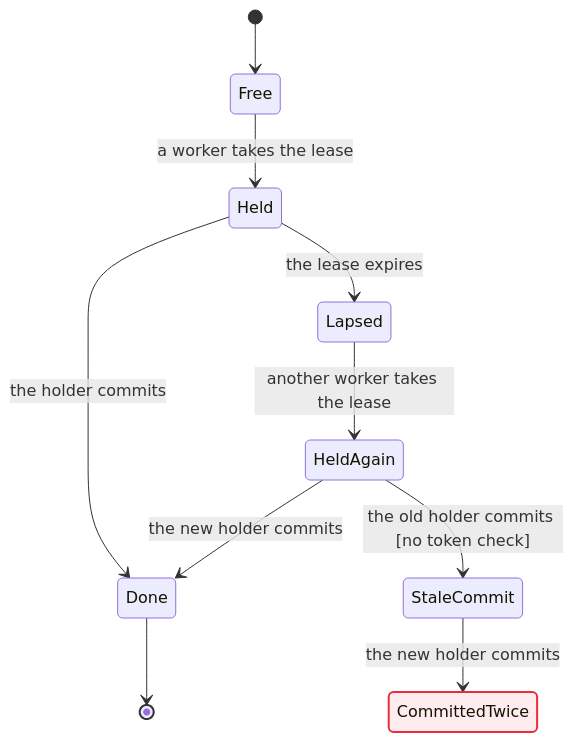
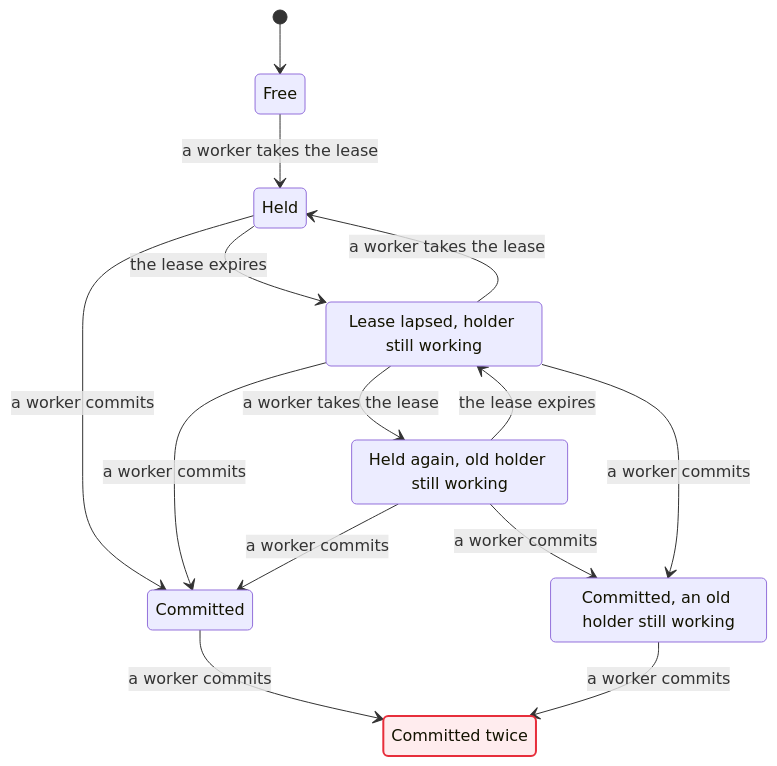
The diagram in skills/formal-verification/references/example-job-lease/README.md (fcsouza/agent-skills), drawn with Mermaid before and after one commit. The commit also changed other lines of this file and 9 other files, not shown here.

First line of the commit message:
Build the formal-verification chart from the TLC dump

````diff
--- a/skills/formal-verification/references/example-job-lease/README.md
+++ b/skills/formal-verification/references/example-job-lease/README.md
@@ -68,14 +77,26 @@
 ```mermaid
 stateDiagram-v2
     classDef breaks fill:#ffecee,stroke:#e72e3b,stroke-width:2px
-    [*] --> Free
-    Free --> Held: a worker takes the lease
-    Held --> Done: the holder commits
-    Held --> Lapsed: the lease expires
-    Lapsed --> HeldAgain: another worker takes the lease
-    HeldAgain --> Done: the new holder commits
-    HeldAgain --> StaleCommit: the old holder commits [no token check]
-    StaleCommit --> CommittedTwice: the new holder commits
-    Done --> [*]
-    class CommittedTwice breaks
+    classDef mayBreak fill:#fff3e6,stroke:#e8730c,stroke-width:2px
+    s0: Free
+    s1: Held
+    s2: Lease lapsed, holder still working
+    s3: Committed
+    s4: Held again, old holder still working
+    s5: Committed, an old holder still working
+    s6: Committed twice
+    [*] --> s0
+    s0 --> s1: a worker takes the lease
+    s1 --> s2: the lease expires
+    s1 --> s3: a worker commits
+    s2 --> s1: a worker takes the lease
+    s2 --> s4: a worker takes the lease
+    s2 --> s3: a worker commits
+    s4 --> s2: the lease expires
+    s4 --> s3: a worker commits
+    s4 --> s5: a worker commits
+    s2 --> s5: a worker commits
+    s3 --> s6: a worker commits
+    s5 --> s6: a worker commits
+    class s6 breaks
 ```
````
